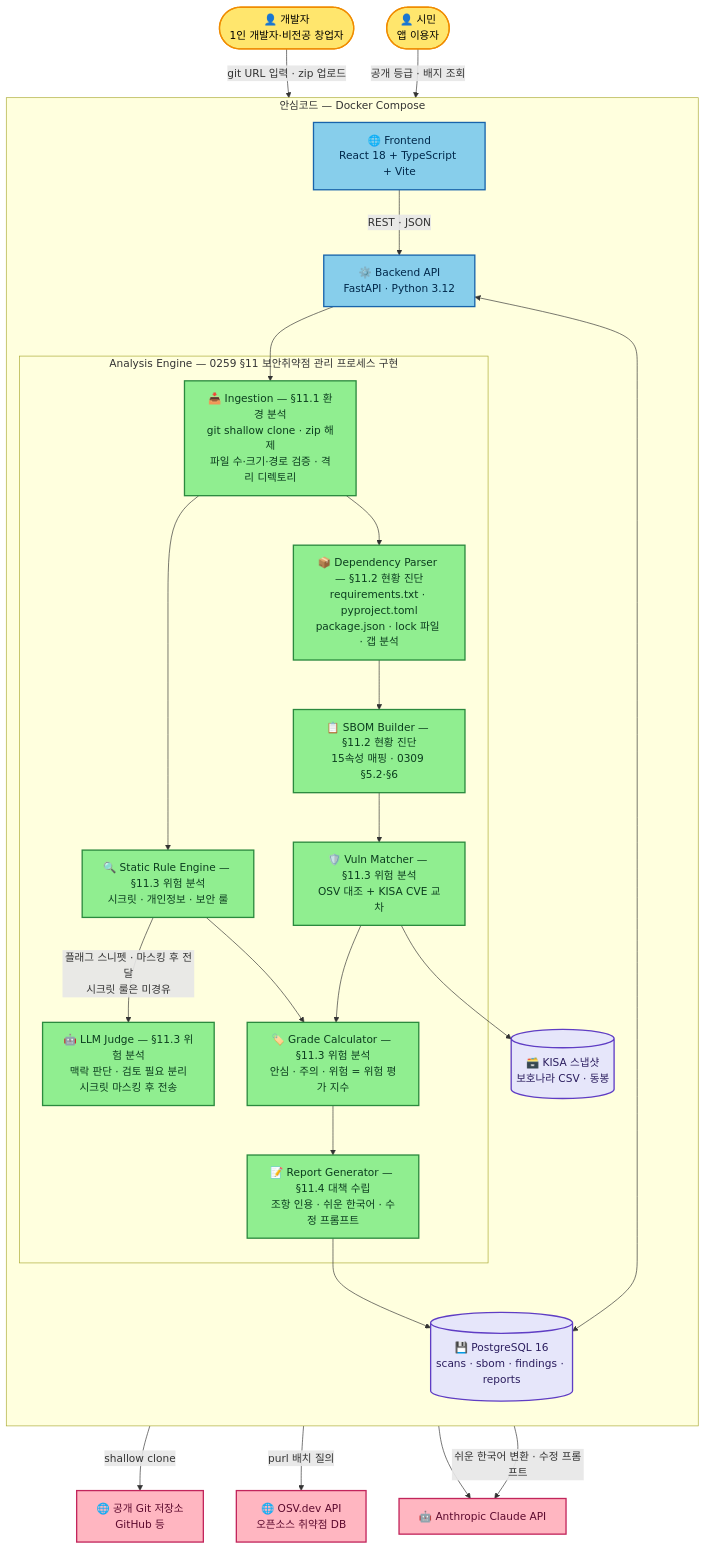
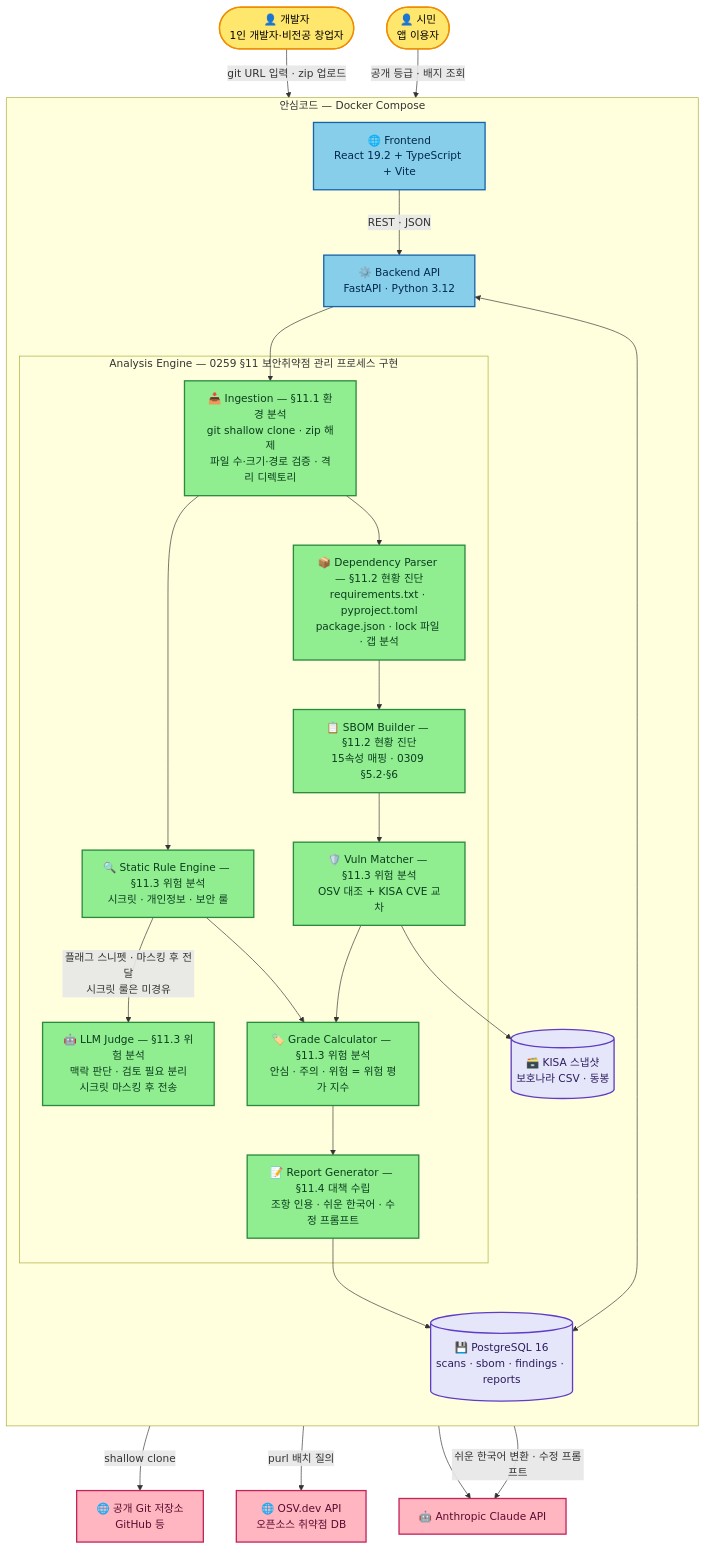
The first of 5 diagrams in docs/tdd.md (fmaPark/ansim-code), drawn with Mermaid before and after one commit. The commit also changed other lines of this file and 5 other files, not shown here.

````diff
--- a/docs/tdd.md
+++ b/docs/tdd.md
@@ -123,61 +123,61 @@
 ```mermaid
 graph TB
     Dev([👤 개발자<br/>1인 개발자·비전공 창업자])
     Citizen([👤 시민<br/>앱 이용자])
 
     subgraph AnsimCode["안심코드 — Docker Compose"]
         direction TB
-        FE[🌐 Frontend<br/>React 18 + TypeScript + Vite]
+        FE[🌐 Frontend<br/>React 19.2 + TypeScript + Vite]
         API[⚙️ Backend API<br/>FastAPI · Python 3.12]
 
         subgraph Engine["Analysis Engine — 0259 §11 보안취약점 관리 프로세스 구현"]
             ING[📥 Ingestion — §11.1 환경 분석<br/>git shallow clone · zip 해제<br/>파일 수·크기·경로 검증 · 격리 디렉토리]
             DEP[📦 Dependency Parser — §11.2 현황 진단<br/>requirements.txt · pyproject.toml<br/>package.json · lock 파일 · 갭 분석]
             SBOM[📋 SBOM Builder — §11.2 현황 진단<br/>15속성 매핑 · 0309 §5.2·§6]
             VULN[🛡️ Vuln Matcher — §11.3 위험 분석<br/>OSV 대조 + KISA CVE 교차]
             RULES[🔍 Static Rule Engine — §11.3 위험 분석<br/>시크릿 · 개인정보 · 보안 룰]
             LLMJ[🤖 LLM Judge — §11.3 위험 분석<br/>맥락 판단 · 검토 필요 분리<br/>시크릿 마스킹 후 전송]
             GRADE[🏷️ Grade Calculator — §11.3 위험 분석<br/>안심 · 주의 · 위험 = 위험 평가 지수]
             REPORT[📝 Report Generator — §11.4 대책 수립<br/>조항 인용 · 쉬운 한국어 · 수정 프롬프트]
         end
 
         DB[(💾 PostgreSQL 16<br/>scans · sbom · findings · reports)]
         KISA[(🗃️ KISA 스냅샷<br/>보호나라 CSV · 동봉)]
     end
 
     GIT[🌐 공개 Git 저장소<br/>GitHub 등]
     OSV[🌐 OSV.dev API<br/>오픈소스 취약점 DB]
     CLAUDE[🤖 Anthropic Claude API]
 
     Dev -->|git URL 입력 · zip 업로드| FE
     Citizen -->|공개 등급 · 배지 조회| FE
     FE -->|REST · JSON| API
     API --> ING
     ING -->|shallow clone| GIT
     ING --> DEP
     DEP --> SBOM
     SBOM --> VULN
     VULN -->|purl 배치 질의| OSV
     VULN --> KISA
     ING --> RULES
     RULES -->|플래그 스니펫 · 마스킹 후 전달<br/>시크릿 룰은 미경유| LLMJ
     LLMJ --> CLAUDE
     VULN --> GRADE
     RULES --> GRADE
     GRADE --> REPORT
     REPORT -->|쉬운 한국어 변환 · 수정 프롬프트| CLAUDE
     API <--> DB
     REPORT --> DB
 
     classDef user fill:#FFE66D,stroke:#F08C00,stroke-width:2px,color:#000
     classDef front fill:#87CEEB,stroke:#1864AB,stroke-width:2px,color:#00284A
     classDef engine fill:#90EE90,stroke:#2B8A3E,stroke-width:2px,color:#0B3D1E
     classDef data fill:#E6E6FA,stroke:#5F3DC4,stroke-width:2px,color:#2B1D5E
     classDef external fill:#FFB6C1,stroke:#C2255C,stroke-width:2px,color:#5C0A2E
 
     class Dev,Citizen user
     class FE,API front
     class ING,DEP,SBOM,VULN,RULES,LLMJ,REPORT,GRADE engine
     class DB,KISA data
     class GIT,OSV,CLAUDE external
 ```
````
